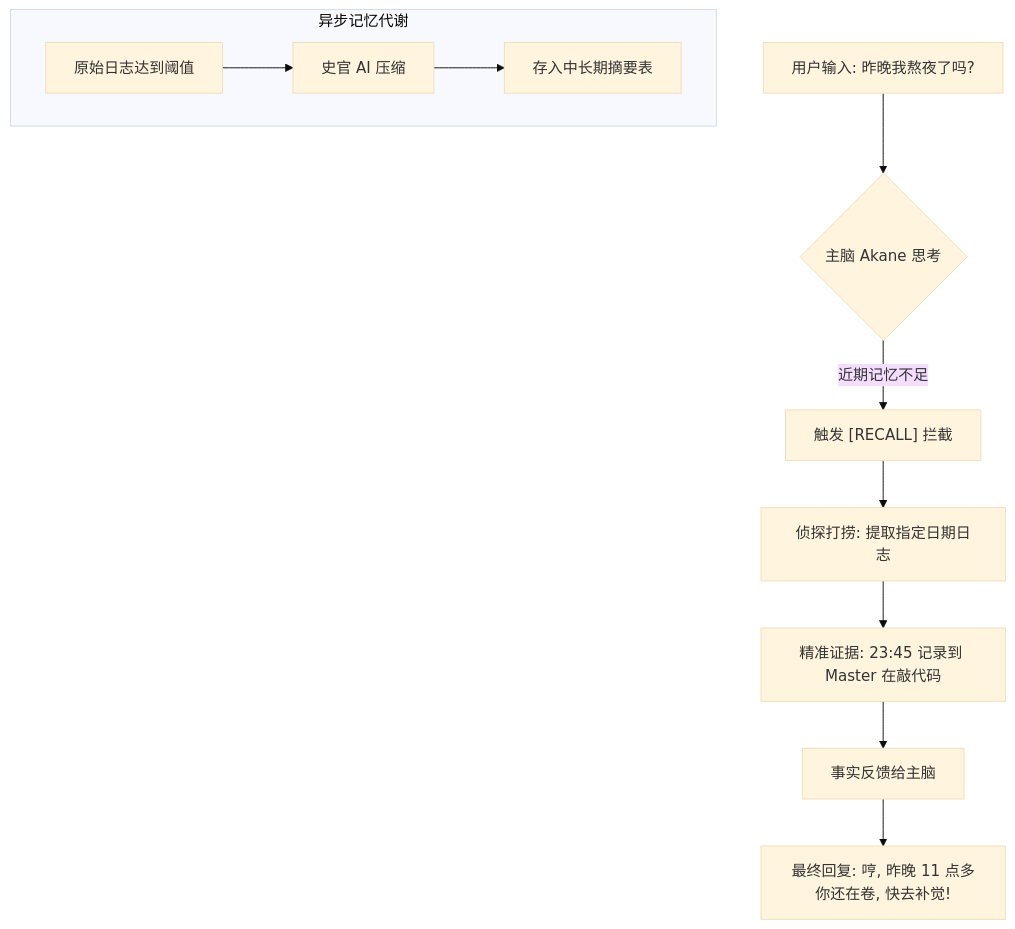
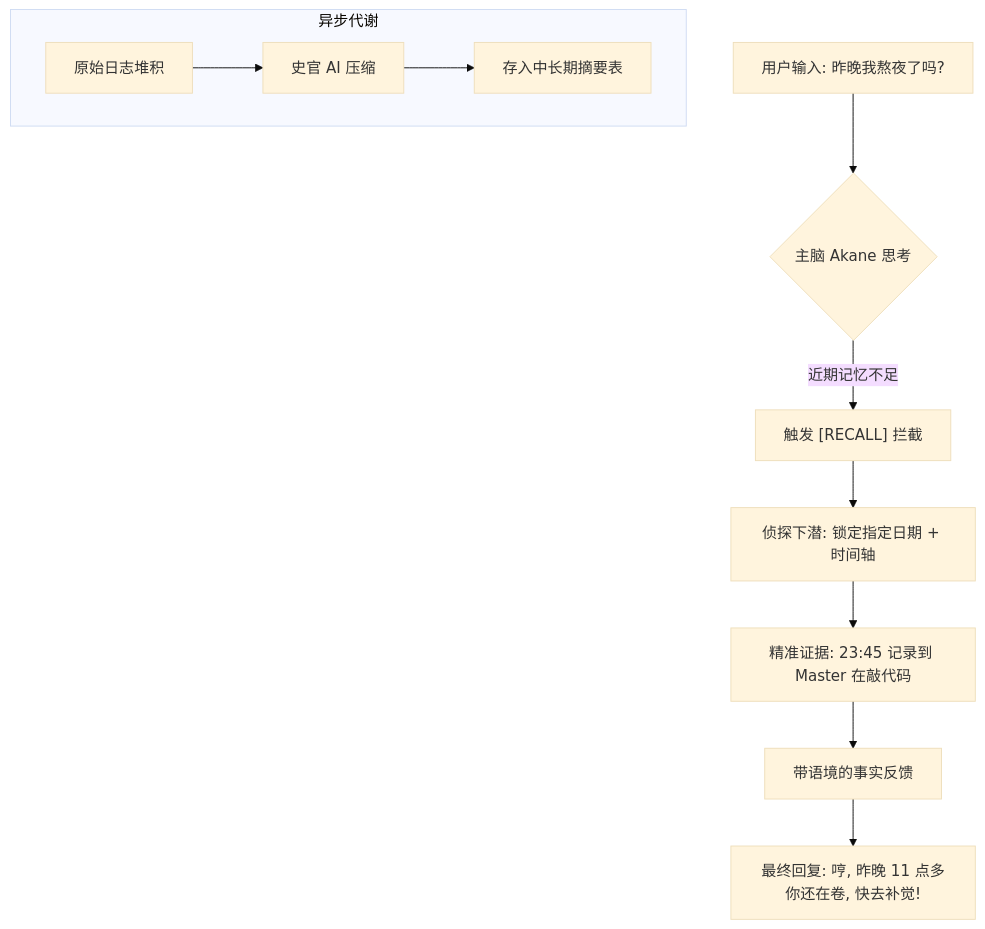
The diagram in README.md (misaka-coder/TGMA-Chronos-Memory-Engine), drawn with Mermaid (base theme) before and after one commit. The commit also changed other lines of this file, not shown here.

````diff
--- a/README.md
+++ b/README.md
@@ -46,15 +46,15 @@
 ```mermaid
 graph TD
     A["用户输入: 昨晚我熬夜了吗?"] --> B{"主脑 Akane 思考"}
     B -->|近期记忆不足| C["触发 [RECALL] 拦截"]
-    C --> D["侦探打捞: 提取指定日期日志"]
+    C --> D["侦探下潜: 锁定指定日期 + 时间轴"]
     D --> E["精准证据: 23:45 记录到 Master 在敲代码"]
-    E --> F["事实反馈给主脑"]
+    E --> F["带语境的事实反馈"]
     F --> G["最终回复: 哼, 昨晚 11 点多你还在卷, 快去补觉!"]
     
-    subgraph 异步记忆代谢
-    H["原始日志达到阈值"] --> I["史官 AI 压缩"]
+    subgraph 异步代谢
+    H["原始日志堆积"] --> I["史官 AI 压缩"]
     I --> J["存入中长期摘要表"]
     end
 
 ```
````
